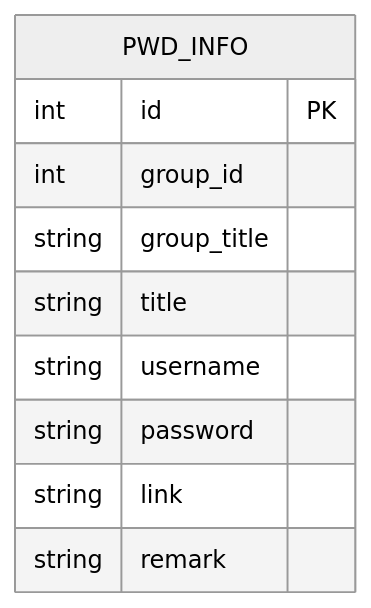
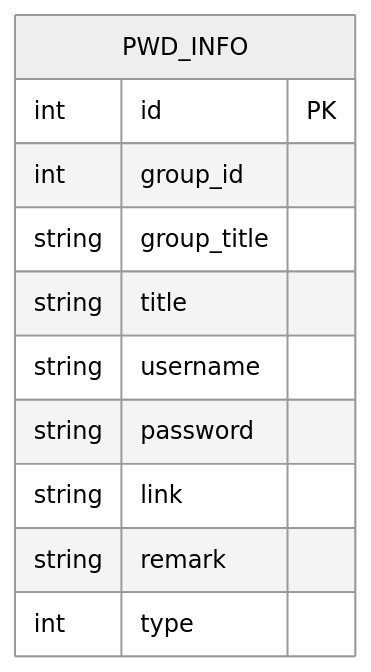
The third of 7 diagrams in .qoder/repowiki/zh/content/架构设计/数据库层架构/Mapper层设计/密码信息Mapper.md (scgithub3220216/password-manager), drawn with Mermaid (neutral theme) before and after one commit. The commit also changed other lines of this file and 9 other files, not shown here.

First line of the commit message:
feat(sync): 新增图像数据同步支持

````diff
--- a/.qoder/repowiki/zh/content/架构设计/数据库层架构/Mapper层设计/密码信息Mapper.md
+++ b/.qoder/repowiki/zh/content/架构设计/数据库层架构/Mapper层设计/密码信息Mapper.md
@@ -130,13 +147,14 @@
 ```mermaid
 erDiagram
 PWD_INFO {
 int id PK
 int group_id
 string group_title
 string title
 string username
 string password
 string link
 string remark
+int type
 }
 ```
````
